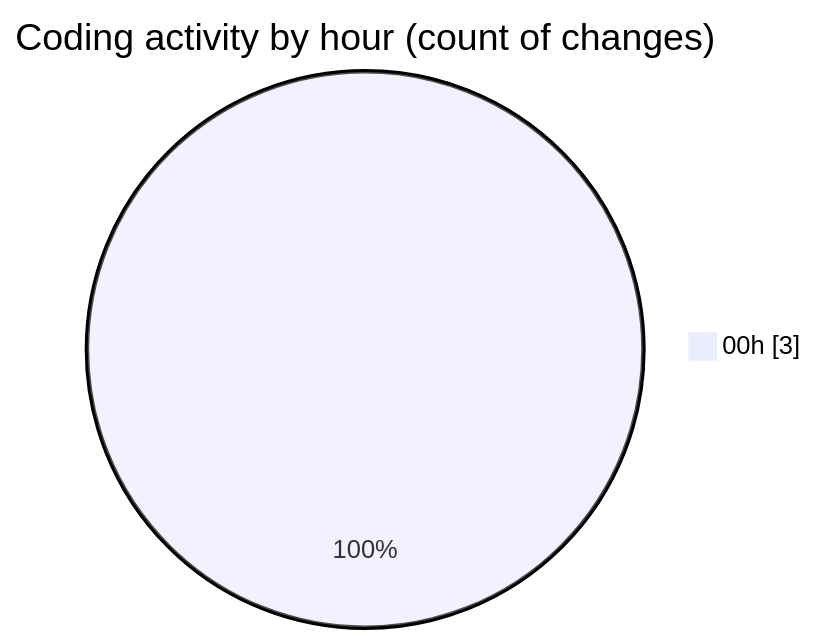
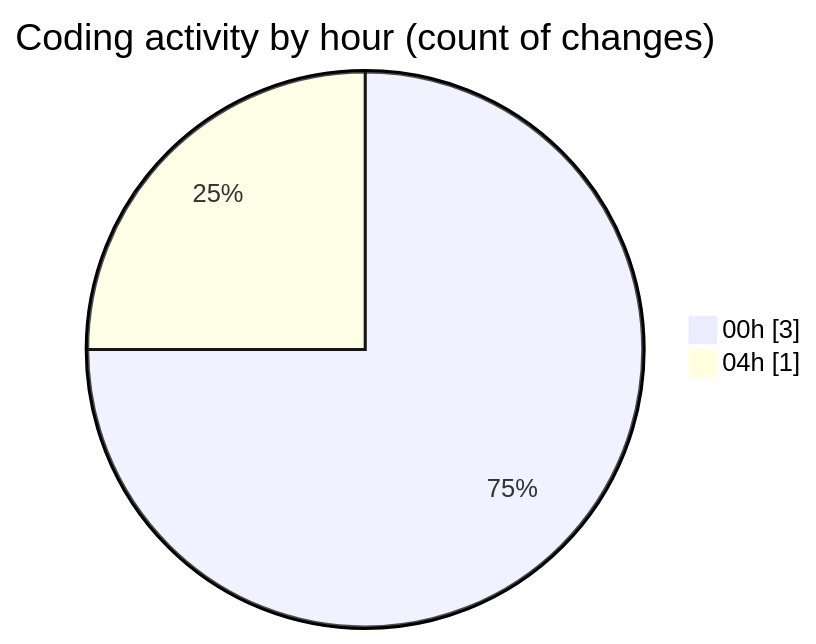
Before and after one commit to tmsrecording-cyber/code-tracking: the second of 2 diagrams in 2026-02-03/singularitybrainai/README.md, drawn with Mermaid. The commit also changed other lines of this file and 1 other file, not shown here.

````diff
--- a/2026-02-03/singularitybrainai/README.md
+++ b/2026-02-03/singularitybrainai/README.md
@@ -28,5 +28,6 @@
 ```mermaid
 pie showData
 title Coding activity by hour (count of changes)
 "00h" : 3
+"04h" : 1
 ```
````
